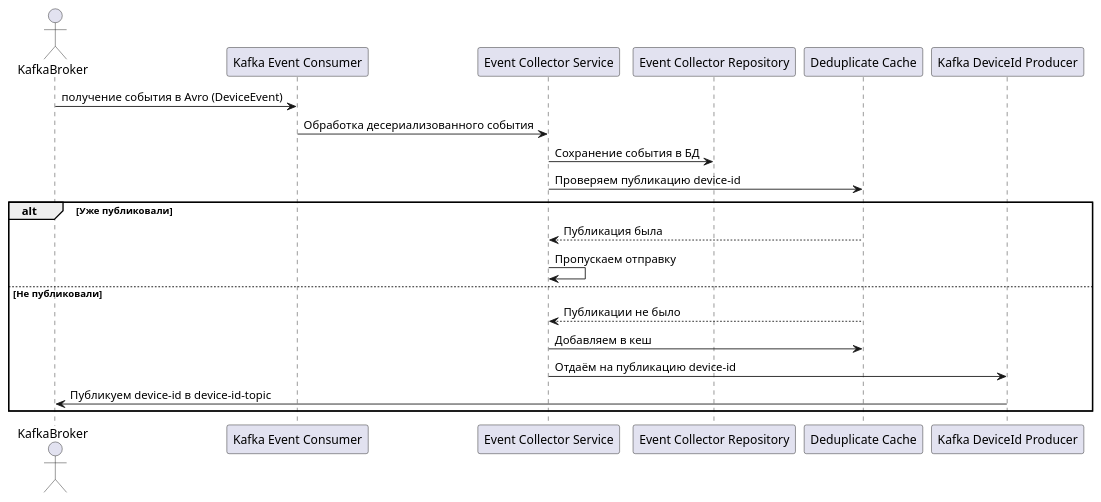
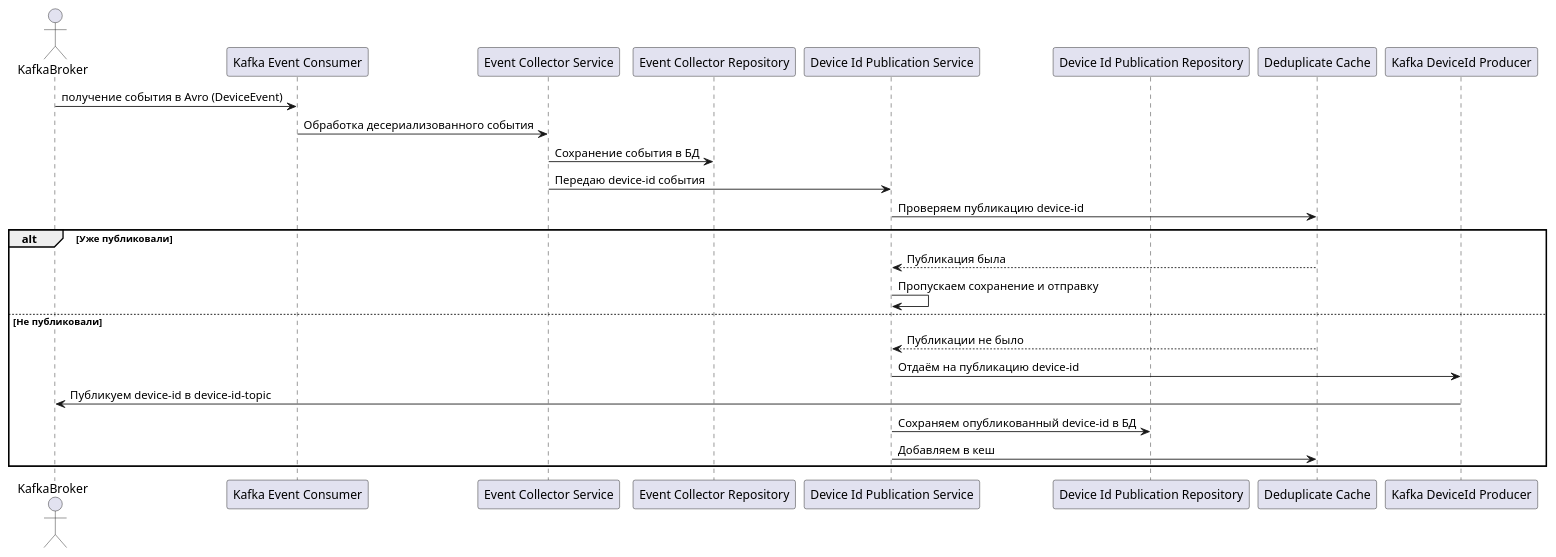
One commit to SinglePlayer56/iot changed the diagram in diagrams/sequence.puml. Above: the diagram before and after it, drawn with PlantUML. The commit also changed 1 other file, not shown here.

Commit message:
Update diagrams: added Device Id Publication Service/Repository

```diff
--- a/diagrams/sequence.puml
+++ b/diagrams/sequence.puml
@@ -1,23 +1,27 @@
 @startuml
 actor KafkaBroker
 participant "Kafka Event Consumer" as KEC
 participant "Event Collector Service" as ECS
 participant "Event Collector Repository" as ECR
+participant "Device Id Publication Service" as DPS
+participant "Device Id Publication Repository" as DPR
 participant "Deduplicate Cache" as DDC
 participant "Kafka DeviceId Producer" as KDP
 
 KafkaBroker -> KEC : получение события в Avro (DeviceEvent)
 KEC -> ECS : Обработка десериализованного события
 ECS -> ECR : Сохранение события в БД
-ECS -> DDC : Проверяем публикацию device-id
+ECS -> DPS : Передаю device-id события
+DPS -> DDC : Проверяем публикацию device-id
 
 alt Уже публиковали
-    DDC --> ECS : Публикация была
-    ECS -> ECS: Пропускаем отправку
+    DDC --> DPS : Публикация была
+    DPS -> DPS: Пропускаем сохранение и отправку
 else Не публиковали
-    DDC --> ECS : Публикации не было
-    ECS -> DDC : Добавляем в кеш
-    ECS -> KDP : Отдаём на публикацию device-id
+    DDC --> DPS : Публикации не было
+    DPS -> KDP : Отдаём на публикацию device-id
     KDP -> KafkaBroker : Публикуем device-id в device-id-topic
+    DPS -> DPR : Сохраняем опубликованный device-id в БД
+    DPS -> DDC : Добавляем в кеш
 end
 @enduml
```
